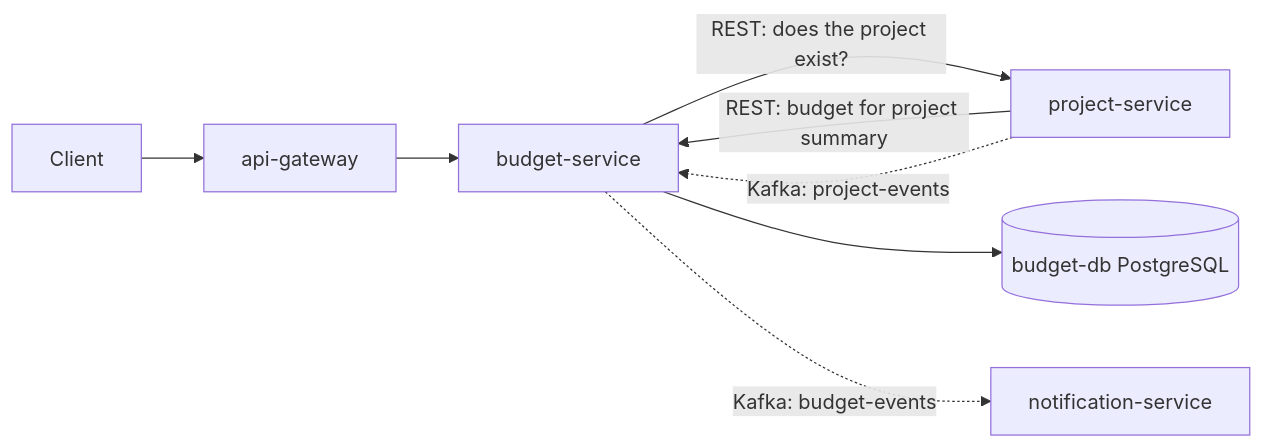
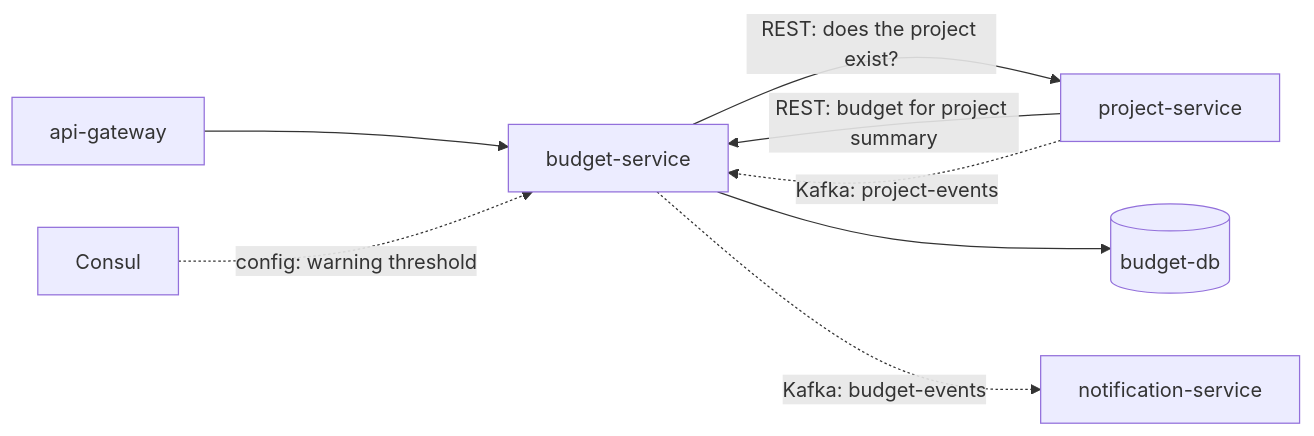
One commit to maba103/PG3402-eksamen changed the diagram in budget-service/README.md. Above: the diagram before and after it, drawn with Mermaid. The commit also changed other lines of this file, not shown here.

Commit message:
budget-service: update readme

````diff
--- a/budget-service/README.md
+++ b/budget-service/README.md
@@ -56,10 +11,10 @@
 ```mermaid
 flowchart LR
-    Client --> Gateway[api-gateway]
-    Gateway --> Budget[budget-service]
+    Gateway[api-gateway] --> Budget[budget-service]
     Budget -- "REST: does the project exist?" --> Project[project-service]
     Project -- "REST: budget for project summary" --> Budget
-    Budget --> DB[(budget-db PostgreSQL)]
+    Budget --> DB[(budget-db)]
     Budget -. "Kafka: budget-events" .-> Notification[notification-service]
     Project -. "Kafka: project-events" .-> Budget
+    Consul[Consul] -. "config: warning threshold" .-> Budget
 ```
````
